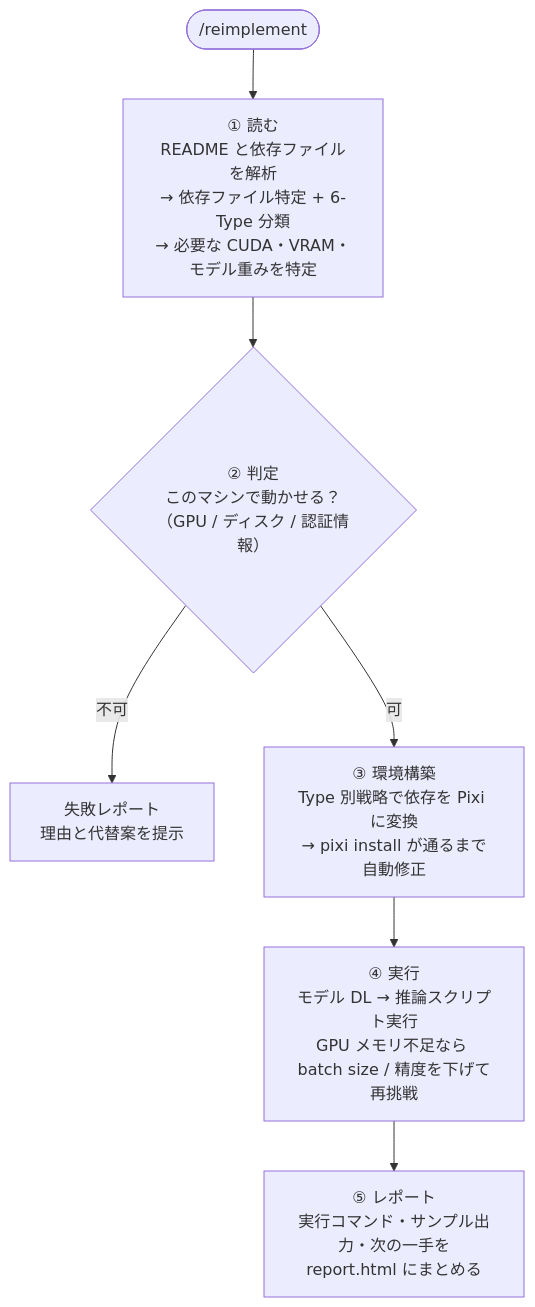
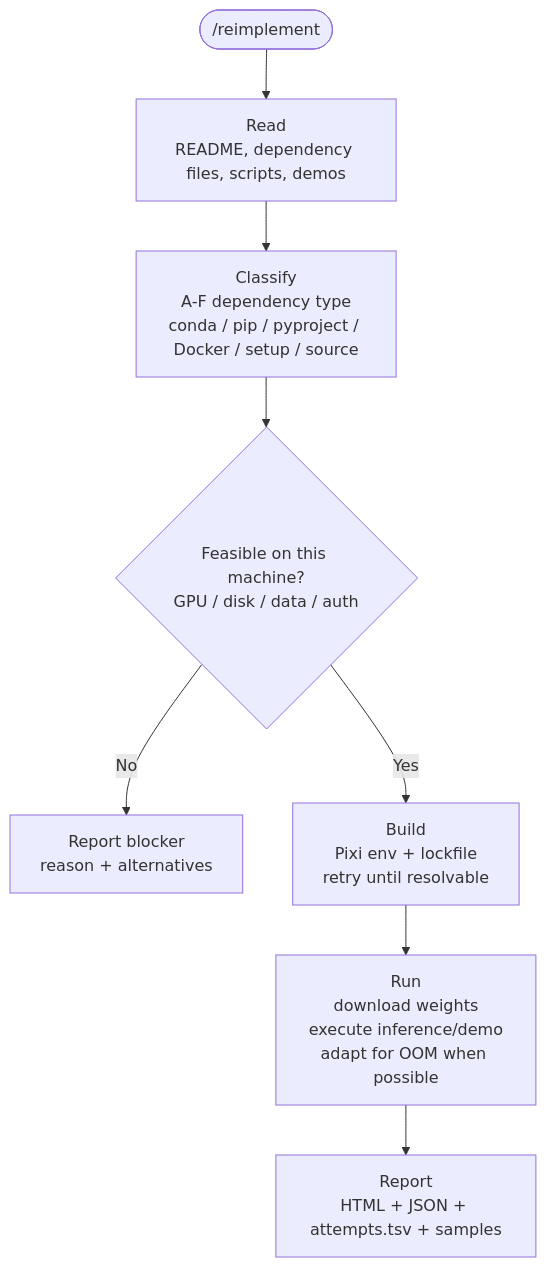
Before and after one commit to DenDen047/paper-reproducer: the diagram in README.md, drawn with Mermaid. The commit also changed other lines of this file and 3 other files, not shown here.

````diff
--- a/README.md
+++ b/README.md
@@ -33,9 +110,10 @@
 ```mermaid
 flowchart TD
-    Start([/reimplement]) --> Read["① 読む<br/>README と依存ファイルを解析<br/>→ 依存ファイル特定 + 6-Type 分類<br/>→ 必要な CUDA・VRAM・モデル重みを特定"]
-    Read --> Check{"② 判定<br/>このマシンで動かせる？<br/>（GPU / ディスク / 認証情報）"}
-    Check -- 不可 --> Fail["失敗レポート<br/>理由と代替案を提示"]
-    Check -- 可 --> Build["③ 環境構築<br/>Type 別戦略で依存を Pixi に変換<br/>→ pixi install が通るまで自動修正"]
-    Build --> Run["④ 実行<br/>モデル DL → 推論スクリプト実行<br/>GPU メモリ不足なら batch size / 精度を下げて再挑戦"]
-    Run --> Report["⑤ レポート<br/>実行コマンド・サンプル出力・次の一手を<br/>report.html にまとめる"]
+    Start([/reimplement]) --> Read["Read<br/>README, dependency files, scripts, demos"]
+    Read --> Classify["Classify<br/>A-F dependency type<br/>conda / pip / pyproject / Docker / setup / source"]
+    Classify --> Gate{"Feasible on this machine?<br/>GPU / disk / data / auth"}
+    Gate -- No --> Fail["Report blocker<br/>reason + alternatives"]
+    Gate -- Yes --> Build["Build<br/>Pixi env + lockfile<br/>retry until resolvable"]
+    Build --> Run["Run<br/>download weights<br/>execute inference/demo<br/>adapt for OOM when possible"]
+    Run --> Report["Report<br/>HTML + JSON + attempts.tsv + samples"]
 ```
````
